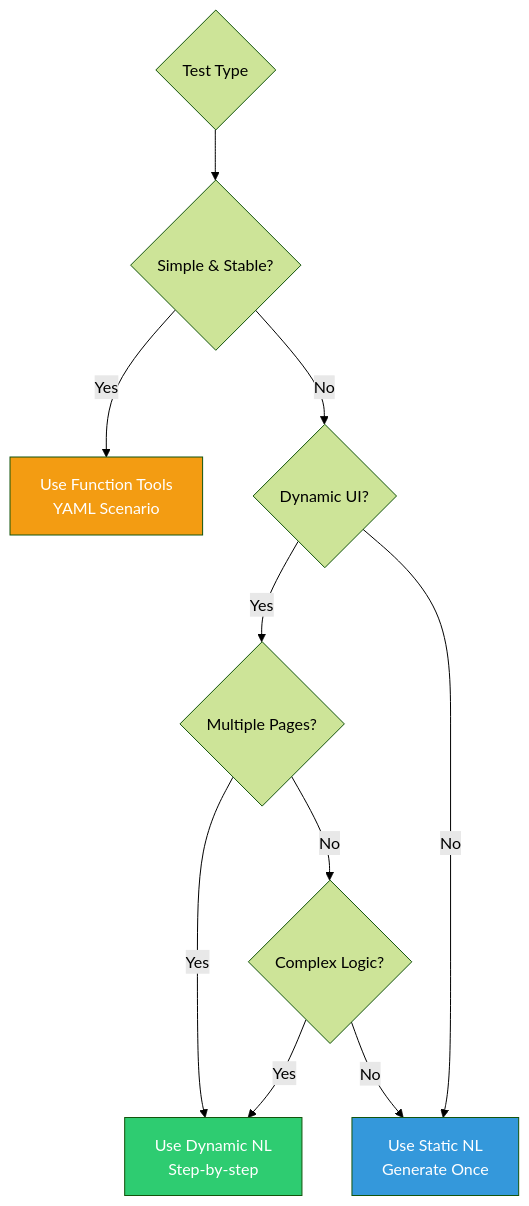
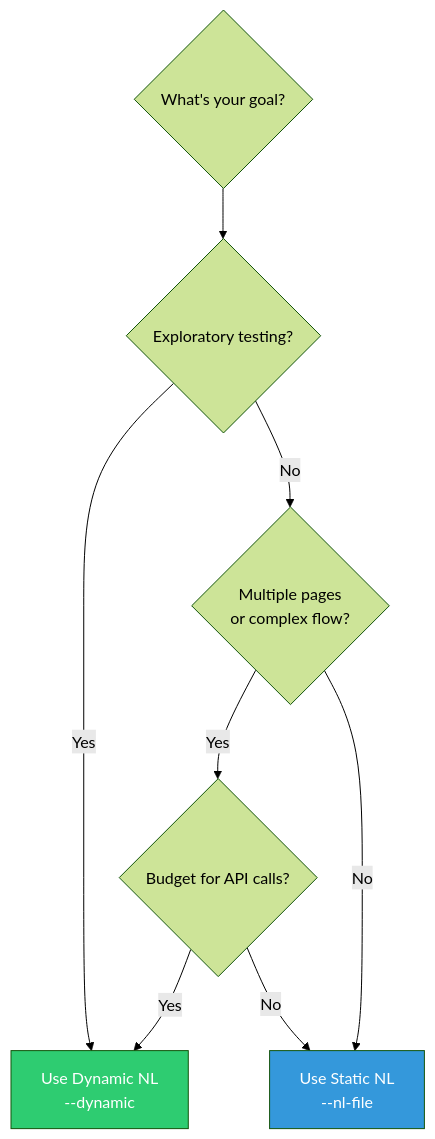
Before and after one commit to BoraTumer/ui-test-agent: diagram 13 of 15 in ARCHITECTURE.md, drawn with Mermaid (forest theme). The commit also changed other lines of this file and 10 other files, not shown here.

First line of the commit message:
refactor: Simplify to NL-only modes - remove YAML/function-tools/computer-use

````diff
--- a/ARCHITECTURE.md
+++ b/ARCHITECTURE.md
@@ -474,19 +444,15 @@
 ```mermaid
 graph TD
-    START{Test Type} --> SIMPLE{Simple & Stable?}
-    SIMPLE -->|Yes| USE_YAML[Use Function Tools<br/>YAML Scenario]
-    SIMPLE -->|No| DYNAMIC_UI{Dynamic UI?}
+    START{What's your goal?} --> EXPLORE{Exploratory testing?}
+    EXPLORE -->|Yes| USE_DYNAMIC[Use Dynamic NL<br/>--dynamic]
+    EXPLORE -->|No| MULTI_PAGE{Multiple pages<br/>or complex flow?}
     
-    DYNAMIC_UI -->|Yes| MULTI_PAGE{Multiple Pages?}
-    MULTI_PAGE -->|Yes| USE_DYNAMIC[Use Dynamic NL<br/>Step-by-step]
-    MULTI_PAGE -->|No| COMPLEX{Complex Logic?}
+    MULTI_PAGE -->|Yes| COST{Budget for API calls?}
+    COST -->|Yes| USE_DYNAMIC
+    COST -->|No| USE_STATIC[Use Static NL<br/>--nl-file]
     
-    COMPLEX -->|Yes| USE_DYNAMIC
-    COMPLEX -->|No| USE_STATIC[Use Static NL<br/>Generate Once]
+    MULTI_PAGE -->|No| USE_STATIC
     
-    DYNAMIC_UI -->|No| USE_STATIC
-    
-    style USE_YAML fill:#f39c12,color:#fff
     style USE_STATIC fill:#3498db,color:#fff
     style USE_DYNAMIC fill:#2ecc71,color:#fff
 ```
````
